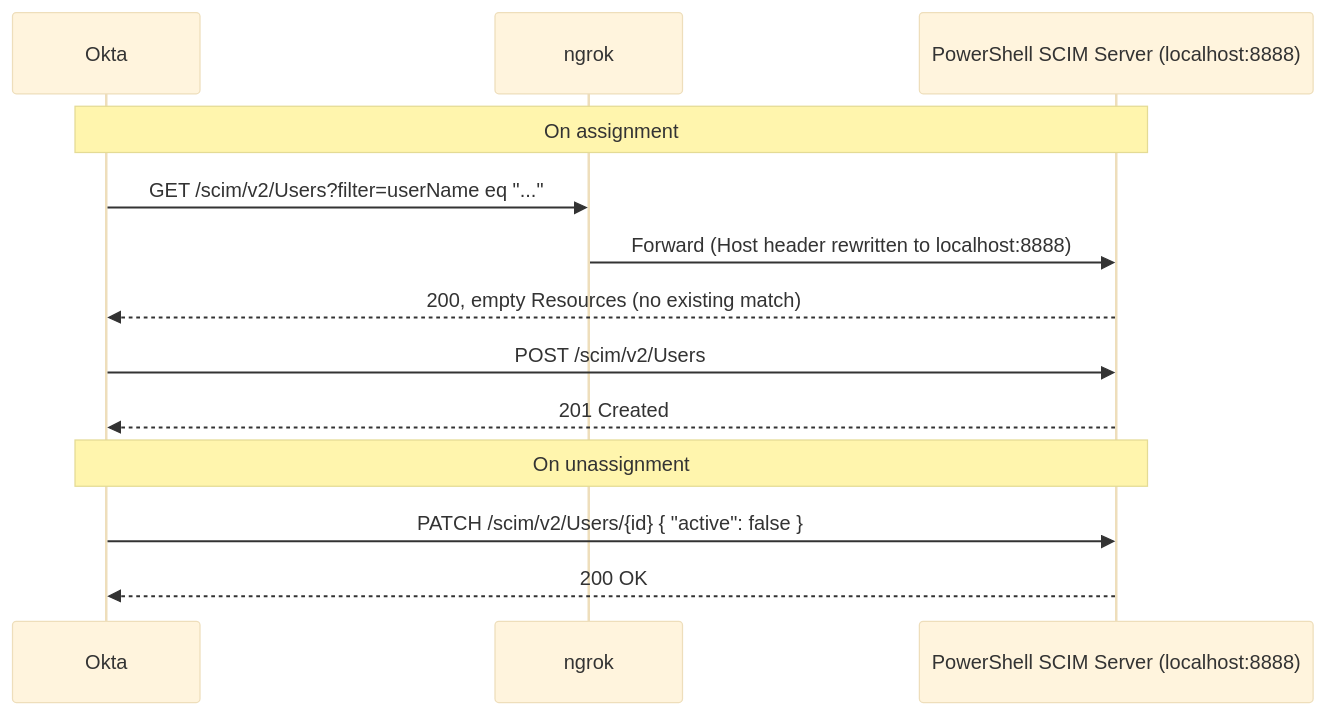
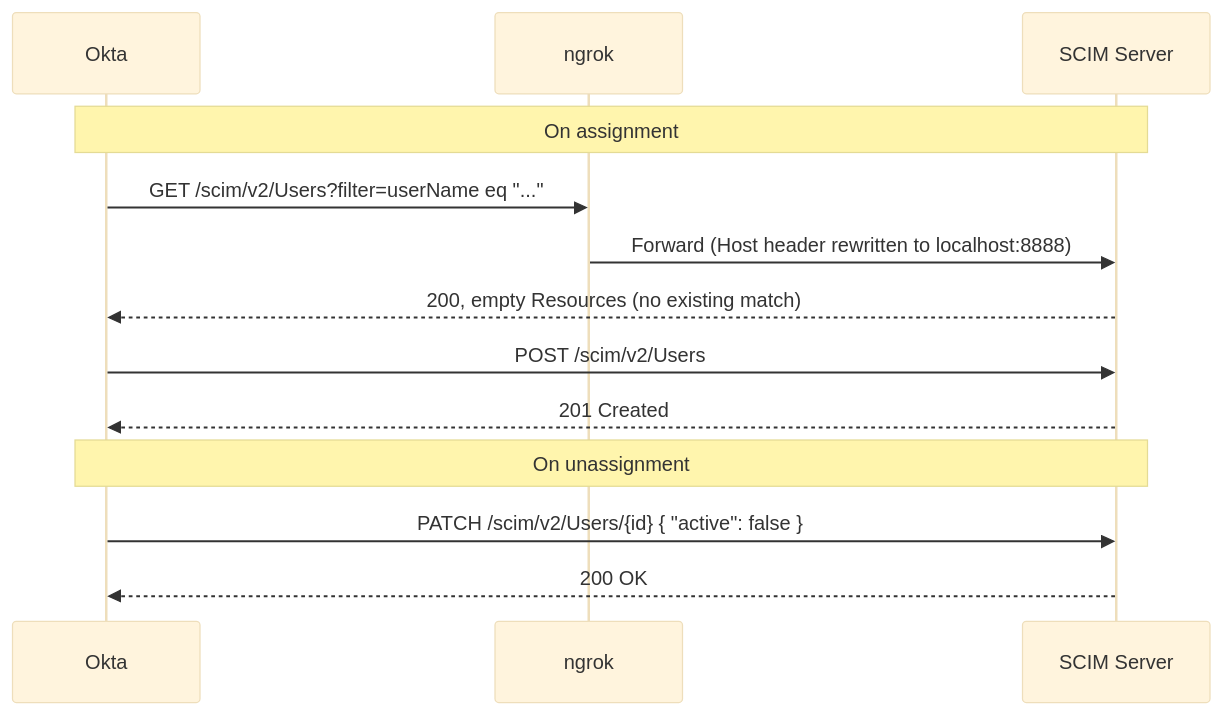
The diagram in 07-scim-outbound-provisioning.md (uttu-source/Okta-IAM-Lab), drawn with Mermaid (base theme) before and after one commit.

````diff
--- a/07-scim-outbound-provisioning.md
+++ b/07-scim-outbound-provisioning.md
@@ -53,17 +53,17 @@
 ```mermaid
 sequenceDiagram
     participant Okta
     participant ngrok
-    participant Server as PowerShell SCIM Server (localhost:8888)
+        participant Server as SCIM Server
 
     Note over Okta,Server: On assignment
     Okta->>ngrok: GET /scim/v2/Users?filter=userName eq "..."
     ngrok->>Server: Forward (Host header rewritten to localhost:8888)
     Server-->>Okta: 200, empty Resources (no existing match)
     Okta->>Server: POST /scim/v2/Users
     Server-->>Okta: 201 Created
 
     Note over Okta,Server: On unassignment
     Okta->>Server: PATCH /scim/v2/Users/{id}  { "active": false }
     Server-->>Okta: 200 OK
 ```
````
